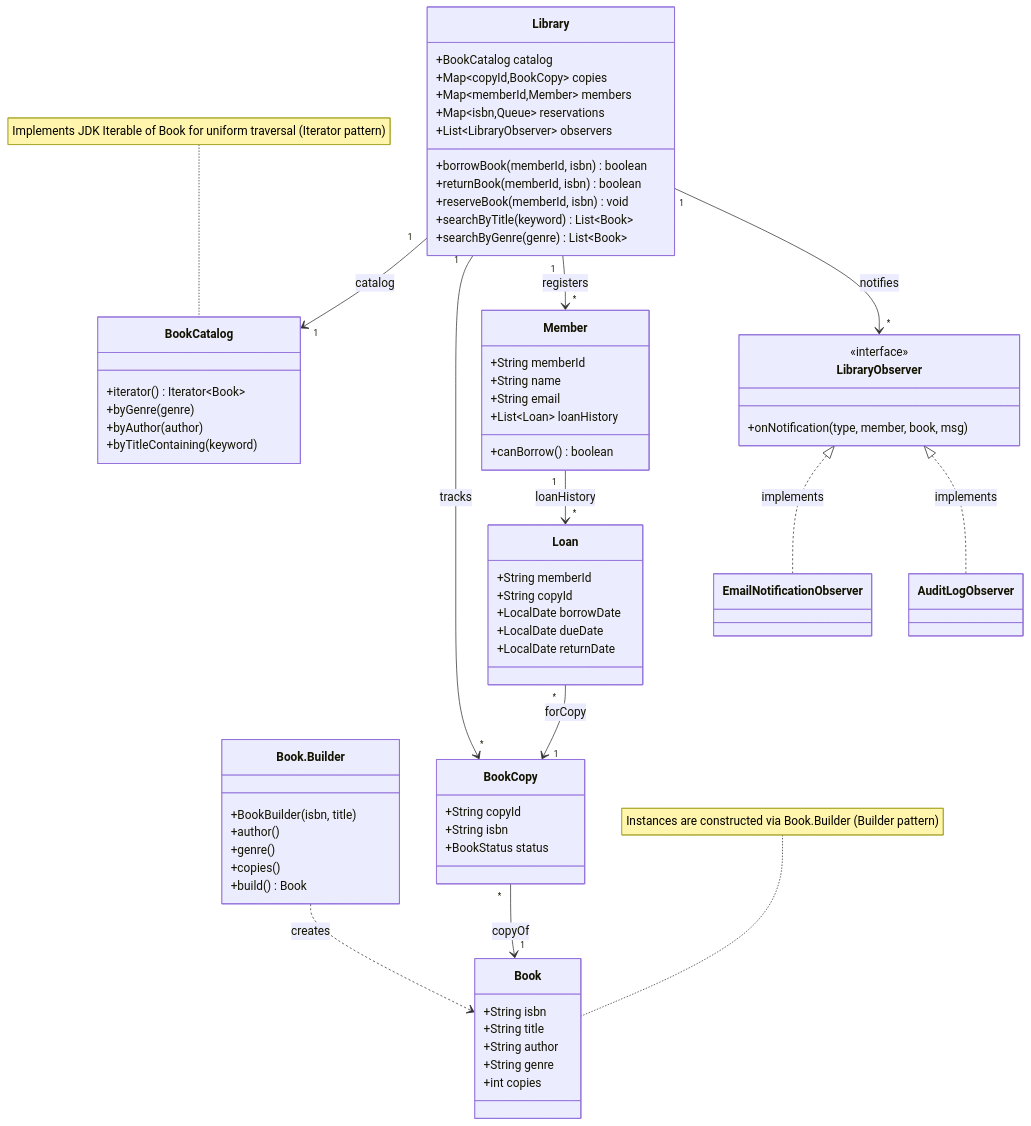
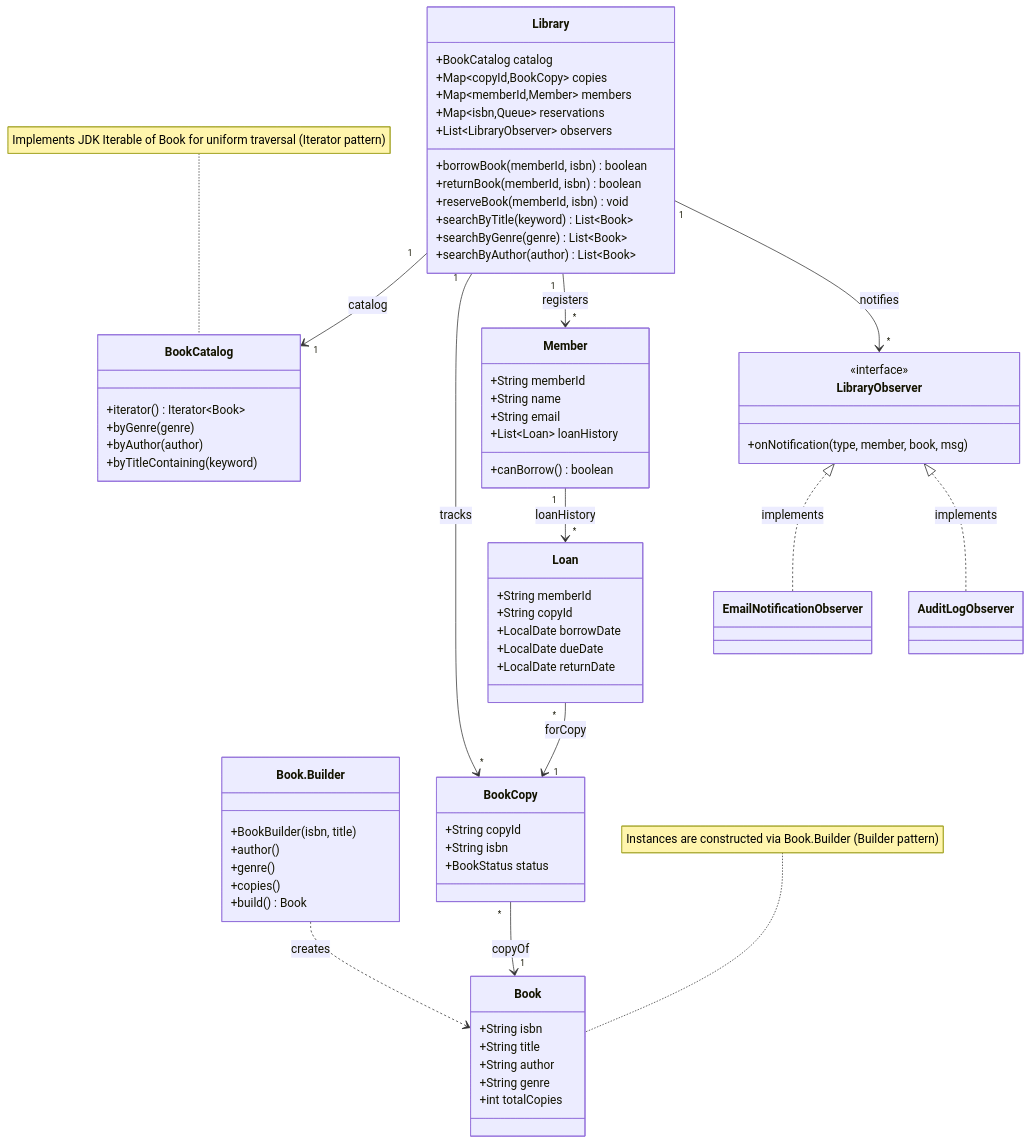
The first of 5 diagrams in src/main/java/com/rutik/systemdesign/lld/system_design_problems/LibraryManagement_README.md (rppol/system-design), drawn with Mermaid before and after one commit. The commit also changed 22 other files, not shown here.

````diff
--- a/src/main/java/com/rutik/systemdesign/lld/system_design_problems/LibraryManagement_README.md
+++ b/src/main/java/com/rutik/systemdesign/lld/system_design_problems/LibraryManagement_README.md
@@ -28,80 +28,81 @@
 ```mermaid
 classDiagram
     class Library {
         +BookCatalog catalog
         +Map~copyId,BookCopy~ copies
         +Map~memberId,Member~ members
         +Map~isbn,Queue~ reservations
         +List~LibraryObserver~ observers
         +borrowBook(memberId, isbn) boolean
         +returnBook(memberId, isbn) boolean
         +reserveBook(memberId, isbn) void
         +searchByTitle(keyword) List~Book~
         +searchByGenre(genre) List~Book~
+        +searchByAuthor(author) List~Book~
     }
 
     class Book {
         +String isbn
         +String title
         +String author
         +String genre
-        +int copies
+        +int totalCopies
     }
     note for Book "Instances are constructed via Book.Builder (Builder pattern)"
 
     class BookBuilder["Book.Builder"]
     BookBuilder : +BookBuilder(isbn, title)
     BookBuilder : +author()
     BookBuilder : +genre()
     BookBuilder : +copies()
     BookBuilder : +build() Book
 
     class BookCopy {
         +String copyId
         +String isbn
         +BookStatus status
     }
 
     class Loan {
         +String memberId
         +String copyId
         +LocalDate borrowDate
         +LocalDate dueDate
         +LocalDate returnDate
     }
 
     class Member {
         +String memberId
         +String name
         +String email
         +List~Loan~ loanHistory
         +canBorrow() boolean
     }
 
     class BookCatalog {
         +iterator() Iterator~Book~
         +byGenre(genre)
         +byAuthor(author)
         +byTitleContaining(keyword)
     }
     note for BookCatalog "Implements JDK Iterable of Book for uniform traversal (Iterator pattern)"
 
     class LibraryObserver {
         <<interface>>
         +onNotification(type, member, book, msg)
     }
 
     class EmailNotificationObserver
     class AuditLogObserver
 
     BookBuilder ..> Book : creates
     Library "1" --> "1" BookCatalog : catalog
     Library "1" --> "*" BookCopy : tracks
     Library "1" --> "*" Member : registers
     Library "1" --> "*" LibraryObserver : notifies
     BookCopy "*" --> "1" Book : copyOf
     Loan "*" --> "1" BookCopy : forCopy
     Member "1" --> "*" Loan : loanHistory
     LibraryObserver <|.. EmailNotificationObserver : implements
     LibraryObserver <|.. AuditLogObserver : implements
 ```
````
